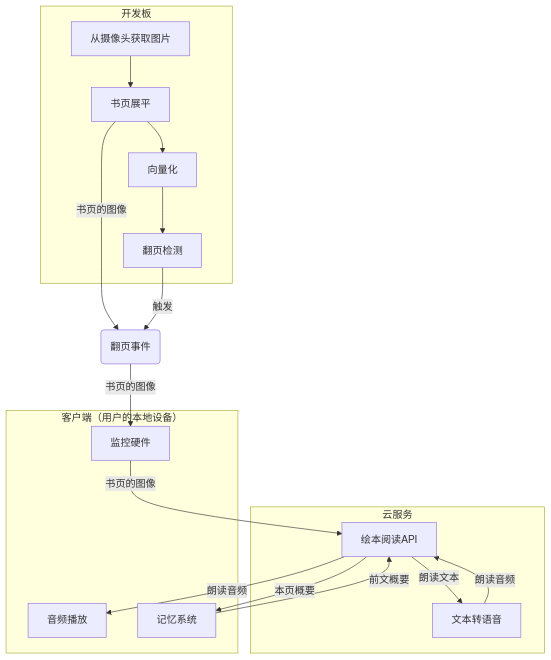
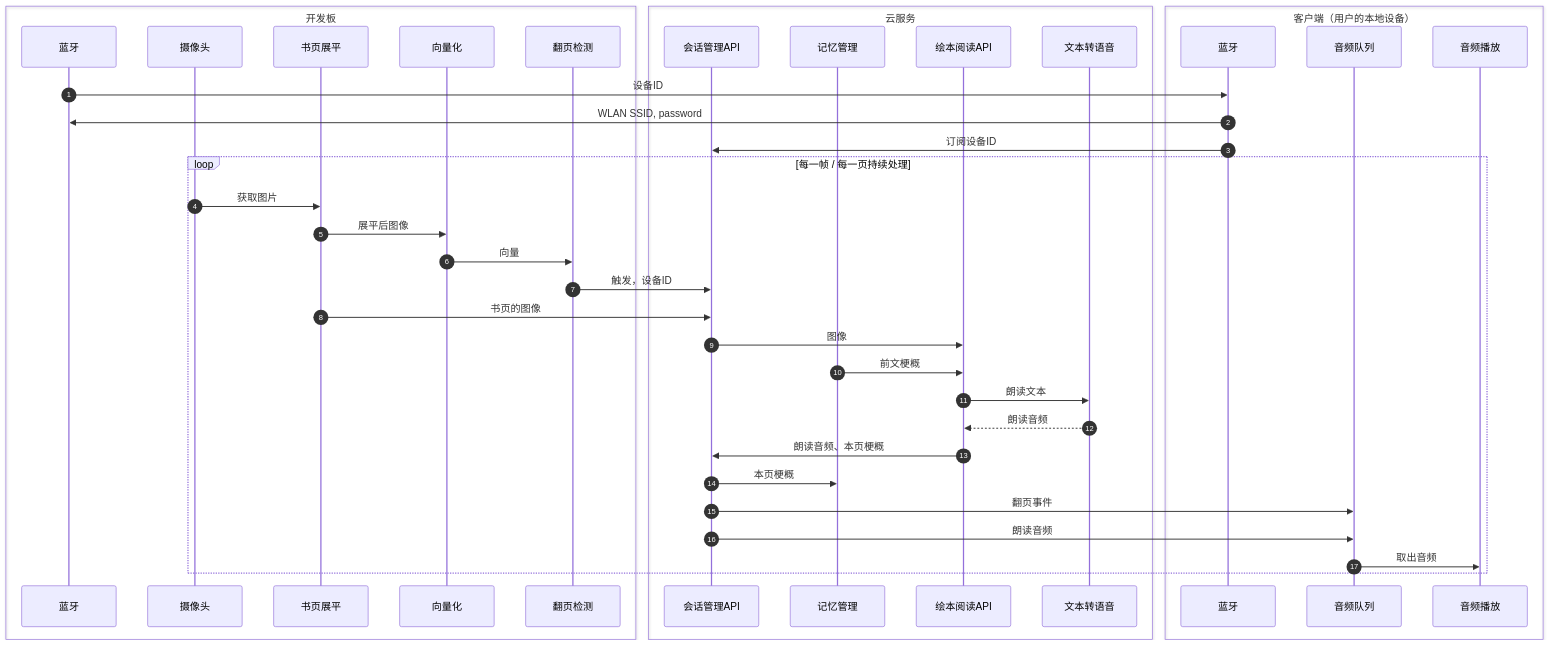
The diagram in README.md (Jerry-Wu-GitHub/picture_book_reading), drawn with Mermaid before and after one commit. The commit also changed other lines of this file, not shown here.

Commit message:
更新项目架构

````diff
--- a/README.md
+++ b/README.md
@@ -5,35 +5,50 @@
 ```mermaid
-graph TD
-    subgraph 开发板
-        camera["从摄像头获取图片"]
-        book_flatten["书页展平"]
-        vectorization["向量化"]
-        detect_page_turning["翻页检测"]
+sequenceDiagram
+    autonumber
+
+    box 开发板
+    	participant bluetooth as 蓝牙
+        participant camera as 摄像头
+        participant book_flatten as 书页展平
+        participant vectorization as 向量化
+        participant detect_page_turning as 翻页检测
     end
 
-	page_turning_event("翻页事件")
-
-    subgraph "客户端（用户的本地设备）"
-    	monitor_hardware["监控硬件"]
-	    audio_player["音频播放"]
-	    memory["记忆系统"]
+    box 云服务
+        participant session as 会话管理API
+        participant memory as 记忆管理
+        participant picture_book_reading as 绘本阅读API
+        participant TTS as 文本转语音
     end
 
-    subgraph 云服务
-	    TTS["文本转语音"]
-        picture_book_reading["绘本阅读API"]
+    box 客户端（用户的本地设备）
+    	participant bleak as 蓝牙
+        participant audio_queue as 音频队列
+        participant audio_player as 音频播放
     end
 
-	camera --> book_flatten --> vectorization --> detect_page_turning
-    book_flatten -->|书页的图像| page_turning_event
-    detect_page_turning -->|触发| page_turning_event
+	bluetooth ->> bleak: 设备ID
+	bleak ->> bluetooth: WLAN SSID, password
+	bleak ->> session: 订阅设备ID
 
-    page_turning_event -->|书页的图像| monitor_hardware
-    monitor_hardware -->|书页的图像| picture_book_reading
-    memory -->|前文概要| picture_book_reading
-    picture_book_reading -->|朗读音频| audio_player
-    picture_book_reading -->|本页概要| memory
-    
-    picture_book_reading -->|朗读文本| TTS
-    TTS -->|朗读音频| picture_book_reading
+    loop 每一帧 / 每一页持续处理
+        camera ->> book_flatten: 获取图片
+        book_flatten ->> vectorization: 展平后图像
+        vectorization ->> detect_page_turning: 向量
+
+        detect_page_turning ->> session: 触发，设备ID
+        book_flatten ->> session: 书页的图像
+        session ->> picture_book_reading: 图像
+
+        memory ->> picture_book_reading: 前文梗概
+        picture_book_reading ->> TTS: 朗读文本
+        TTS -->> picture_book_reading: 朗读音频
+
+        picture_book_reading ->> session: 朗读音频、本页梗概
+        session ->> memory: 本页梗概
+		session ->> audio_queue: 翻页事件
+        session ->> audio_queue: 朗读音频
+
+        audio_queue ->> audio_player: 取出音频
+    end
 ```
````
